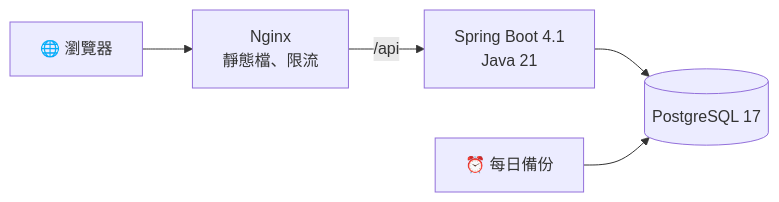
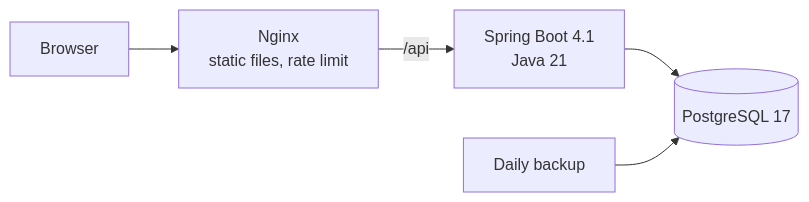
Before and after one commit to alaner652/tpcu-testa: the second of 2 diagrams in README.md, drawn with Mermaid. The commit also changed other lines of this file and 6 other files, not shown here.

````diff
--- a/README.md
+++ b/README.md
@@ -50,7 +52,7 @@
 ```mermaid
 flowchart LR
-    U["🌐 瀏覽器"] --> N["Nginx<br/>靜態檔、限流"]
+    U["Browser"] --> N["Nginx<br/>static files, rate limit"]
     N -->|/api| S["Spring Boot 4.1<br/>Java 21"]
     S --> D[("PostgreSQL 17")]
-    B["⏰ 每日備份"] --> D
+    B["Daily backup"] --> D
 ```
````
